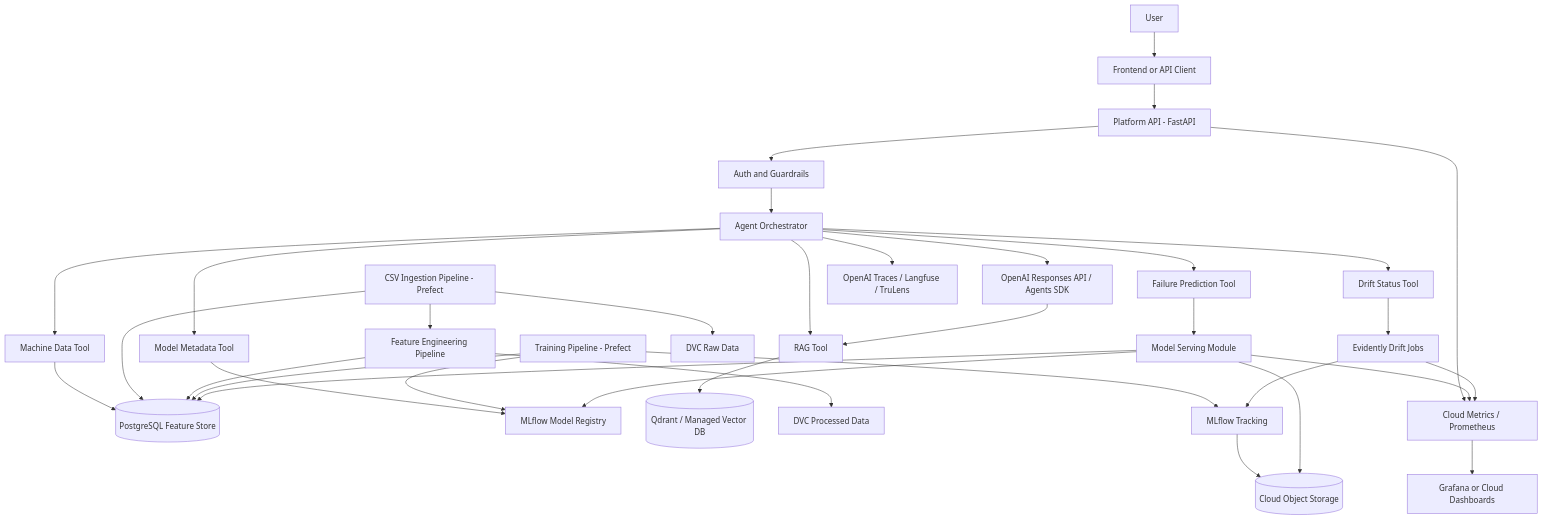
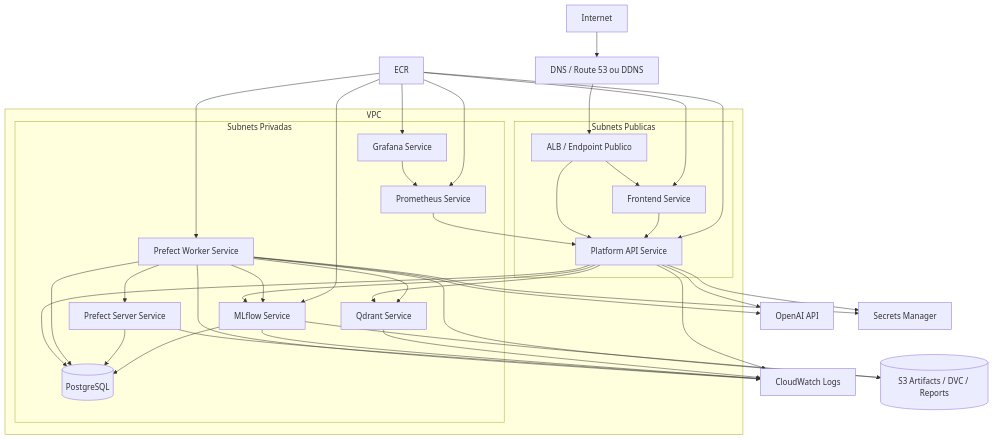
Before and after one commit to felipedurar/intelligent-maintenance-platform: the second of 2 diagrams in docs/architecture.md, drawn with Mermaid. The commit also changed other lines of this file and 10 other files, not shown here.

Commit message:
Updated the documentation and architecture flowchart

````diff
--- a/docs/architecture.md
+++ b/docs/architecture.md
@@ -7,43 +91,68 @@
 ```mermaid
-flowchart TD
-    USER[User] --> UI[Frontend or API Client]
-    UI --> API[Platform API - FastAPI]
-    API --> GUARD[Auth and Guardrails]
-    GUARD --> AGENT[Agent Orchestrator]
+flowchart TB
+    internet[Internet]
+    dns[DNS / Route 53 ou DDNS]
+    alb[ALB / Endpoint Publico]
+    ecr[ECR]
+    openai[OpenAI API]
+    cw[CloudWatch Logs]
+    sm[Secrets Manager]
+    s3[(S3 Artifacts / DVC / Reports)]
 
-    AGENT --> OAI[OpenAI Responses API / Agents SDK]
-    AGENT --> PREDICT[Failure Prediction Tool]
-    AGENT --> MACHINE[Machine Data Tool]
-    AGENT --> META[Model Metadata Tool]
-    AGENT --> DRIFT_STATUS[Drift Status Tool]
-    AGENT --> RAG[RAG Tool]
+    subgraph vpc[VPC]
+        subgraph public[Subnets Publicas]
+            frontendsvc[Frontend Service]
+            apisvc[Platform API Service]
+            alb
+        end
 
-    PREDICT --> SERVE[Model Serving Module]
-    MACHINE --> STORE[(PostgreSQL Feature Store)]
-    META --> REG[MLflow Model Registry]
-    DRIFT_STATUS --> DRIFT[Evidently Drift Jobs]
-    RAG --> VDB[(Qdrant / Managed Vector DB)]
-    OAI --> RAG
+        subgraph private[Subnets Privadas]
+            workersvc[Prefect Worker Service]
+            prefectsvc[Prefect Server Service]
+            mlflowsvc[MLflow Service]
+            qdrantsvc[Qdrant Service]
+            promsvc[Prometheus Service]
+            grafsvc[Grafana Service]
+            postgressvc[(PostgreSQL)]
+        end
+    end
 
-    INGEST[CSV Ingestion Pipeline - Prefect] --> RAW[DVC Raw Data]
-    INGEST --> STORE
-    INGEST --> FEATURES[Feature Engineering Pipeline]
-    FEATURES --> STORE
-    FEATURES --> PROCESSED[DVC Processed Data]
+    internet --> dns
+    dns --> alb
+    alb --> frontendsvc
+    alb --> apisvc
 
-    TRAIN[Training Pipeline - Prefect] --> STORE
-    TRAIN --> MLFLOW[MLflow Tracking]
-    TRAIN --> REG
-    MLFLOW --> OBJ[(Cloud Object Storage)]
+    apisvc --> postgressvc
+    apisvc --> mlflowsvc
+    apisvc --> qdrantsvc
+    apisvc --> openai
+    apisvc --> sm
+    apisvc --> cw
 
-    SERVE --> REG
-    SERVE --> STORE
-    SERVE --> OBJ
+    frontendsvc --> apisvc
 
-    API --> METRICS[Cloud Metrics / Prometheus]
-    SERVE --> METRICS
-    AGENT --> TRACE[OpenAI Traces / Langfuse / TruLens]
-    DRIFT --> MLFLOW
-    DRIFT --> METRICS
-    METRICS --> DASH[Grafana or Cloud Dashboards]
+    workersvc --> prefectsvc
+    workersvc --> postgressvc
+    workersvc --> mlflowsvc
+    workersvc --> qdrantsvc
+    workersvc --> openai
+    workersvc --> s3
+    workersvc --> sm
+    workersvc --> cw
+
+    prefectsvc --> postgressvc
+    prefectsvc --> cw
+    mlflowsvc --> postgressvc
+    mlflowsvc --> s3
+    mlflowsvc --> cw
+    qdrantsvc --> cw
+    promsvc --> apisvc
+    grafsvc --> promsvc
+
+    ecr --> frontendsvc
+    ecr --> apisvc
+    ecr --> workersvc
+    ecr --> mlflowsvc
+    ecr --> promsvc
+    ecr --> grafsvc
 ```
````
